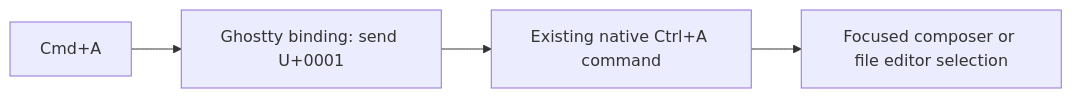
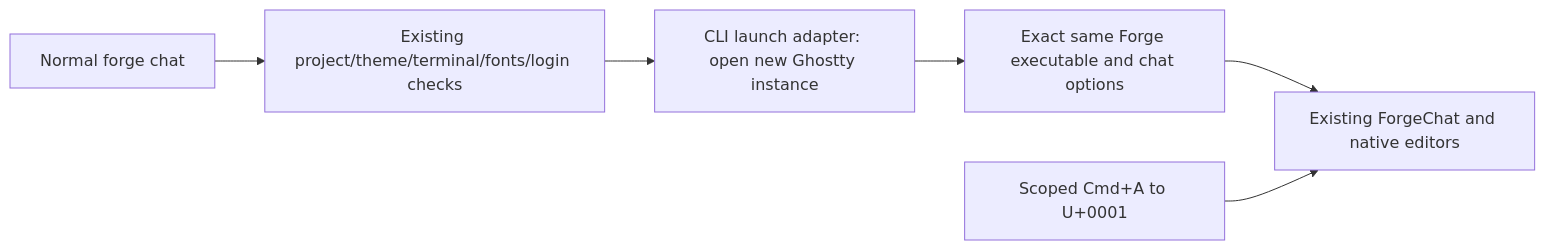
One commit to katasec/mission-control-language changed the first of 2 diagrams in docs/phases/phase-70.3-mac-select-all.md. Above: the diagram before and after it, drawn with Mermaid. The commit also changed other lines of this file and 98 other files, not shown here.

````diff
--- a/docs/phases/phase-70.3-mac-select-all.md
+++ b/docs/phases/phase-70.3-mac-select-all.md
@@ -20,6 +25,8 @@
 ```mermaid
 flowchart LR
-    Key[Cmd+A] --> Ghostty[Ghostty binding: send U+0001]
-    Ghostty --> Native[Existing native Ctrl+A command]
-    Native --> Editor[Focused composer or file editor selection]
+    Shell[Normal forge chat] --> Checks[Existing project/theme/terminal/fonts/login checks]
+    Checks --> Launch[CLI launch adapter: open new Ghostty instance]
+    Launch --> Child[Exact same Forge executable and chat options]
+    Child --> Existing[Existing ForgeChat and native editors]
+    Host[Scoped Cmd+A to U+0001] --> Existing
 ```
````
